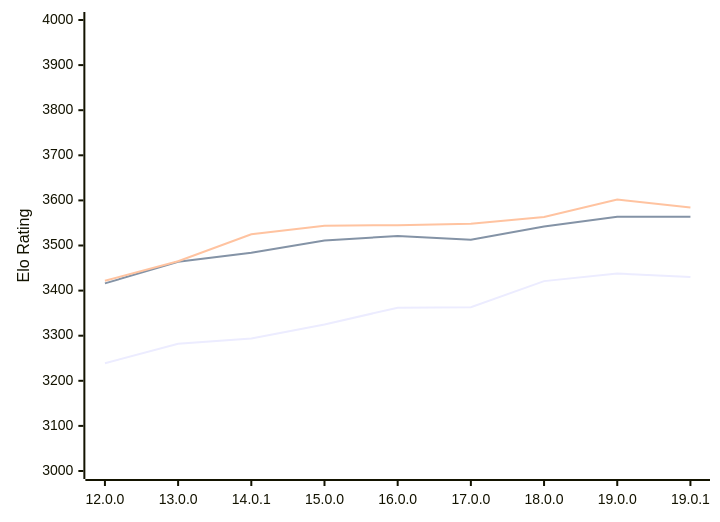
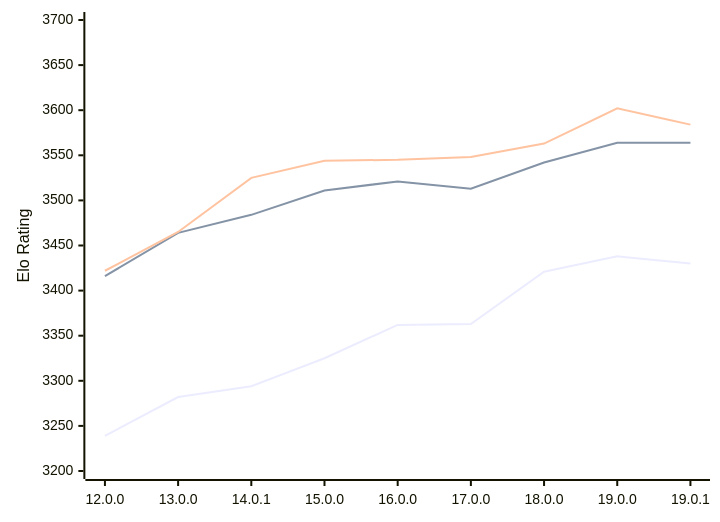
Before and after one commit to computer-chess-index/cci: the diagram in engines/Viridithas.md, drawn with Mermaid. The commit also changed other lines of this file, not shown here.

Commit message:
Update CCI Ratings (ELO VLTC) - 2026-02-10

````diff
--- a/engines/Viridithas.md
+++ b/engines/Viridithas.md
@@ -60,9 +60,9 @@
 ```mermaid
 %%{init: {"theme":"base","themeVariables":{"seriesColors:['#a3a3a3','#222221','#faa371']}}}%%
 xychart-beta
   x-axis ["12.0.0", "13.0.0", "14.0.1", "15.0.0", "16.0.0", "17.0.0", "18.0.0", "19.0.0", "19.0.1"]
-  y-axis "Elo Rating" 3000 --> 4000
+  y-axis "Elo Rating" 3200 --> 3700
   line "STC (8.0+0.08s)" [3239, 3282, 3294, 3325, 3362, 3363, 3421, 3438, 3430]
   line "LTC (60.0+0.60s)" [3416, 3464, 3484, 3511, 3521, 3513, 3542, 3564, 3564]
   line "VLTC (2m24s+1.12s)" [3422, 3465, 3525, 3544, 3545, 3548, 3563, 3602, 3584]
 ```
````
